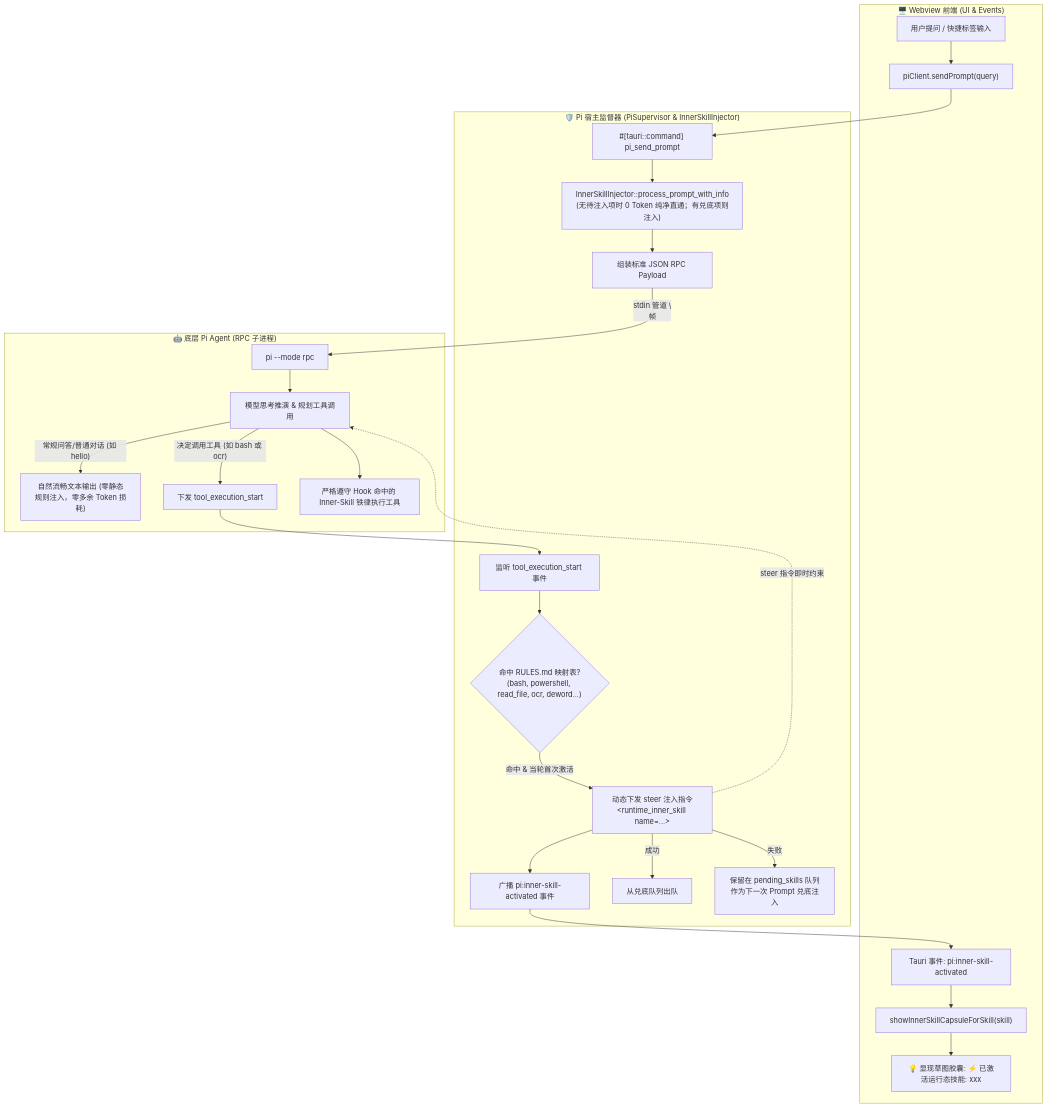
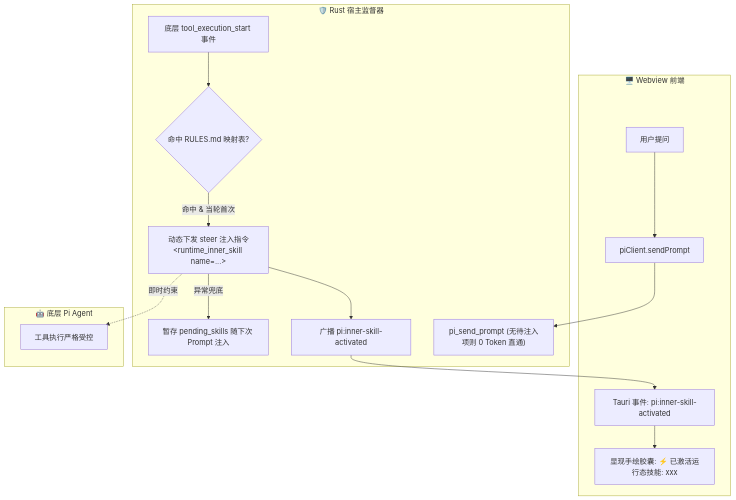
The diagram in .agents/skills/inner-skills-injection/SKILL.md (jiangyinluwei/pi-desktop-lite), drawn with Mermaid before and after one commit. The commit also changed other lines of this file and 18 other files, not shown here.

Commit message:
feat: add library of agent skill documentation for development and UI patterns

````diff
--- a/.agents/skills/inner-skills-injection/SKILL.md
+++ b/.agents/skills/inner-skills-injection/SKILL.md
@@ -38,32 +22,20 @@
 ```mermaid
 flowchart TD
-    subgraph Frontend ["🖥️ Webview 前端 (UI & Events)"]
-        UserInput["用户提问 / 快捷标签输入"] --> ClientSend["piClient.sendPrompt(query)"]
-        EventSkill["Tauri 事件: pi:inner-skill-activated"] --> UpdateCapsule["showInnerSkillCapsuleForSkill(skill)"]
-        UpdateCapsule --> CapsuleDisplay["💡 显现草图胶囊: ⚡ 已激活运行态技能: xxx"]
+    subgraph Frontend ["🖥️ Webview 前端"]
+        UserInput["用户提问"] --> ClientSend["piClient.sendPrompt"]
+        EventSkill["Tauri 事件: pi:inner-skill-activated"] --> ShowCapsule["显现手绘胶囊: ⚡ 已激活运行态技能: xxx"]
     end
 
-    subgraph RustSupervisor ["🛡️ Pi 宿主监督器 (PiSupervisor & InnerSkillInjector)"]
-        ClientSend --> CmdPrompt["#[tauri::command] pi_send_prompt"]
-        CmdPrompt --> InjectorPrompt["InnerSkillInjector::process_prompt_with_info<br/>(无待注入项时 0 Token 纯净直通；有兑底项则注入)"]
-        InjectorPrompt --> FinalPrompt["组装标准 JSON RPC Payload"]
-        
-        ToolHookStart["监听 tool_execution_start 事件"] --> HookCheck{"命中 RULES.md 映射表?<br/>(bash, powershell, read_file, ocr, deword...)"}
-        HookCheck -- 命中 & 当轮首次激活 --> DoSteer["动态下发 steer 注入指令<br/>&lt;runtime_inner_skill name=...&gt;"]
-        DoSteer --> EmitEvent["广播 pi:inner-skill-activated 事件"]
+    subgraph RustSupervisor ["🛡️ Rust 宿主监督器"]
+        ClientSend --> CmdPrompt["pi_send_prompt (无待注入项则 0 Token 直通)"]
+        ToolHook["底层 tool_execution_start 事件"] --> HookCheck{"命中 RULES.md 映射表?"}
+        HookCheck -- 命中 & 当轮首次 --> DoSteer["动态下发 steer 注入指令<br/>&lt;runtime_inner_skill name=...&gt;"]
+        DoSteer --> EmitEvent["广播 pi:inner-skill-activated"]
         EmitEvent --> EventSkill
-        DoSteer -- 成功 --> Dequeue["从兑底队列出队"]
-        DoSteer -- 失败 --> QueuePrompt["保留在 pending_skills 队列<br/>作为下一次 Prompt 兑底注入"]
+        DoSteer -- 异常兜底 --> QueuePrompt["暂存 pending_skills 随下次 Prompt 注入"]
     end
-    
-    subgraph PiProcess ["🤖 底层 Pi Agent (RPC 子进程)"]
-        FinalPrompt -->|stdin 管道 \\n 帧| PiEngine["pi --mode rpc"]
-        PiEngine --> ModelThink["模型思考推演 & 规划工具调用"]
-        
-        ModelThink -- 常规问答/普通对话 (如 hello) --> CleanOutput["自然流畅文本输出 (零静态规则注入，零多余 Token 损耗)"]
-        ModelThink -- 决定调用工具 (如 bash 或 ocr) --> DispatchTool["下发 tool_execution_start"]
-        DispatchTool --> ToolHookStart
-        DoSteer -.->|steer 指令即时约束| ModelThink
-        ModelThink --> ToolStrict["严格遵守 Hook 命中的 Inner-Skill 铁律执行工具"]
+
+    subgraph PiProcess ["🤖 底层 Pi Agent"]
+        DoSteer -.->|即时约束| PiEngine["工具执行严格受控"]
     end
 ```
````
